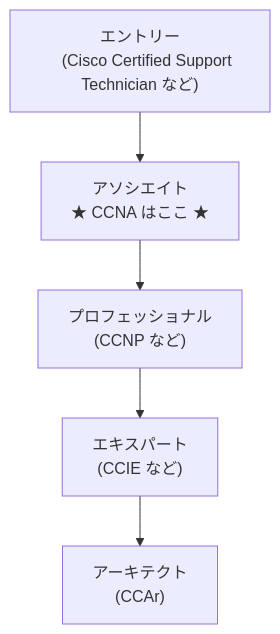
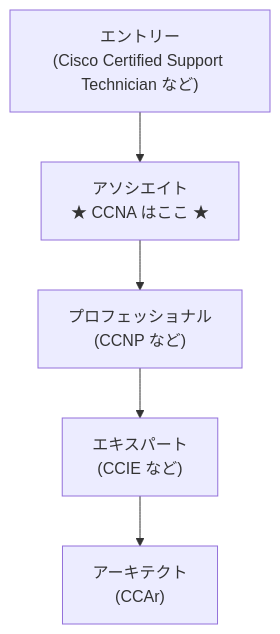
One commit to myoshi2891/Cloud-Infrastructure-Studies changed the second of 5 diagrams in Ccna-beginner-guide.md. Above: the diagram before and after it, drawn with Mermaid. The commit also changed other lines of this file, not shown here.

Commit message:
fix(docs): replace physical line breaks with <br/> in Mermaid node labels in Ccna-beginner-guide.md

````diff
--- a/Ccna-beginner-guide.md
+++ b/Ccna-beginner-guide.md
@@ -67,12 +62,7 @@
 ```mermaid
 flowchart TD
-    L1["エントリー
-    (Cisco Certified Support Technician など)"] --> L2
-    L2["アソシエイト
-    ★ CCNA はここ ★"] --> L3["プロフェッショナル
-    (CCNP など)"]
-    L3 --> L4["エキスパート
-    (CCIE など)"]
-    L4 --> L5["アーキテクト
-    (CCAr)"]
+    L1["エントリー<br/>(Cisco Certified Support Technician など)"] --> L2
+    L2["アソシエイト<br/>★ CCNA はここ ★"] --> L3["プロフェッショナル<br/>(CCNP など)"]
+    L3 --> L4["エキスパート<br/>(CCIE など)"]
+    L4 --> L5["アーキテクト<br/>(CCAr)"]
 ```
````
